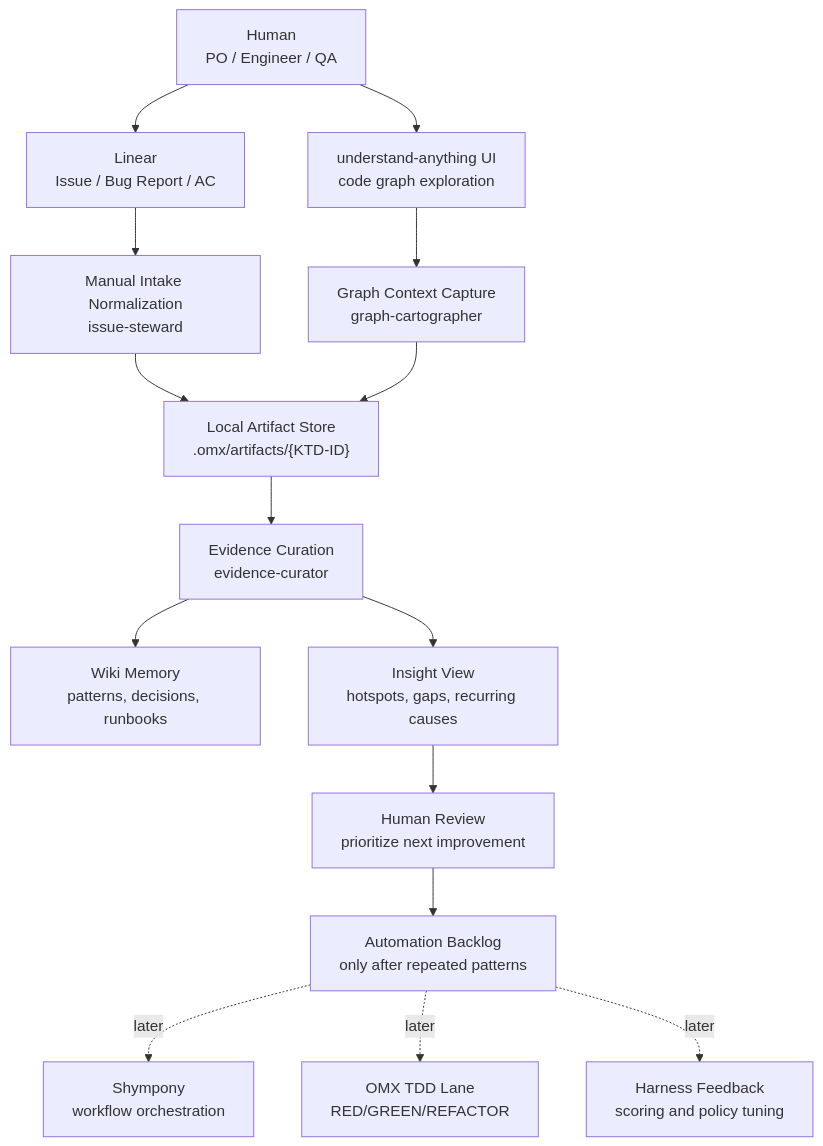
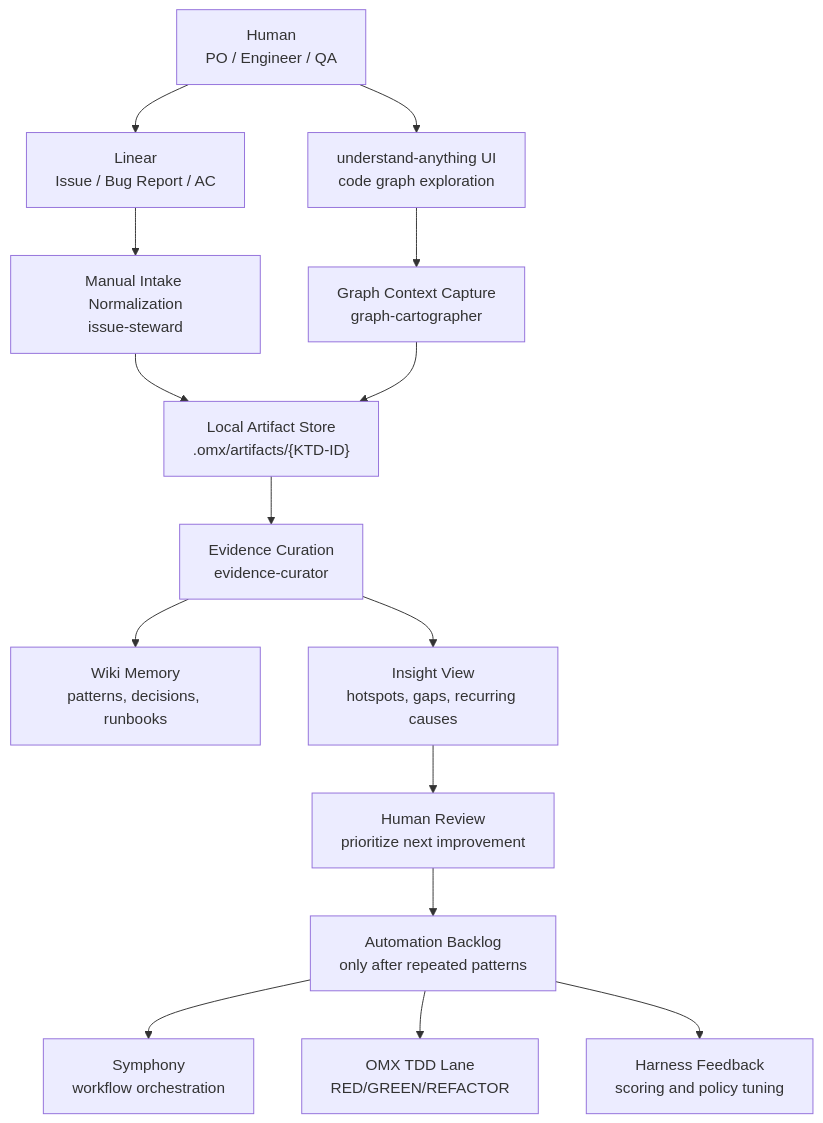
One commit to sohwi-noh/mahub-aidd-flow changed the first of 2 diagrams in ai-foundry-architecture.md. Above: the diagram before and after it, drawn with Mermaid. The commit also changed other lines of this file and 5 other files, not shown here.

````diff
--- a/ai-foundry-architecture.md
+++ b/ai-foundry-architecture.md
@@ -13,22 +13,22 @@
 ```mermaid
 flowchart TB
   Human["Human\nPO / Engineer / QA"] --> Linear["Linear\nIssue / Bug Report / AC"]
   Human --> GraphUI["understand-anything UI\ncode graph exploration"]
 
   Linear --> Intake["Manual Intake Normalization\nissue-steward"]
   GraphUI --> GraphContext["Graph Context Capture\ngraph-cartographer"]
 
   Intake --> ArtifactStore["Local Artifact Store\n.omx/artifacts/{KTD-ID}"]
   GraphContext --> ArtifactStore
 
   ArtifactStore --> Evidence["Evidence Curation\nevidence-curator"]
   Evidence --> Wiki["Wiki Memory\npatterns, decisions, runbooks"]
   Evidence --> Insight["Insight View\nhotspots, gaps, recurring causes"]
 
   Insight --> HumanReview["Human Review\nprioritize next improvement"]
   HumanReview --> AutomationBacklog["Automation Backlog\nonly after repeated patterns"]
 
-  AutomationBacklog -. "later" .-> Shympony["Shympony\nworkflow orchestration"]
-  AutomationBacklog -. "later" .-> OMX["OMX TDD Lane\nRED/GREEN/REFACTOR"]
-  AutomationBacklog -. "later" .-> Harness["Harness Feedback\nscoring and policy tuning"]
+  AutomationBacklog --> Symphony["Symphony\nworkflow orchestration"]
+  AutomationBacklog --> OMX["OMX TDD Lane\nRED/GREEN/REFACTOR"]
+  AutomationBacklog --> Harness["Harness Feedback\nscoring and policy tuning"]
 ```
````
